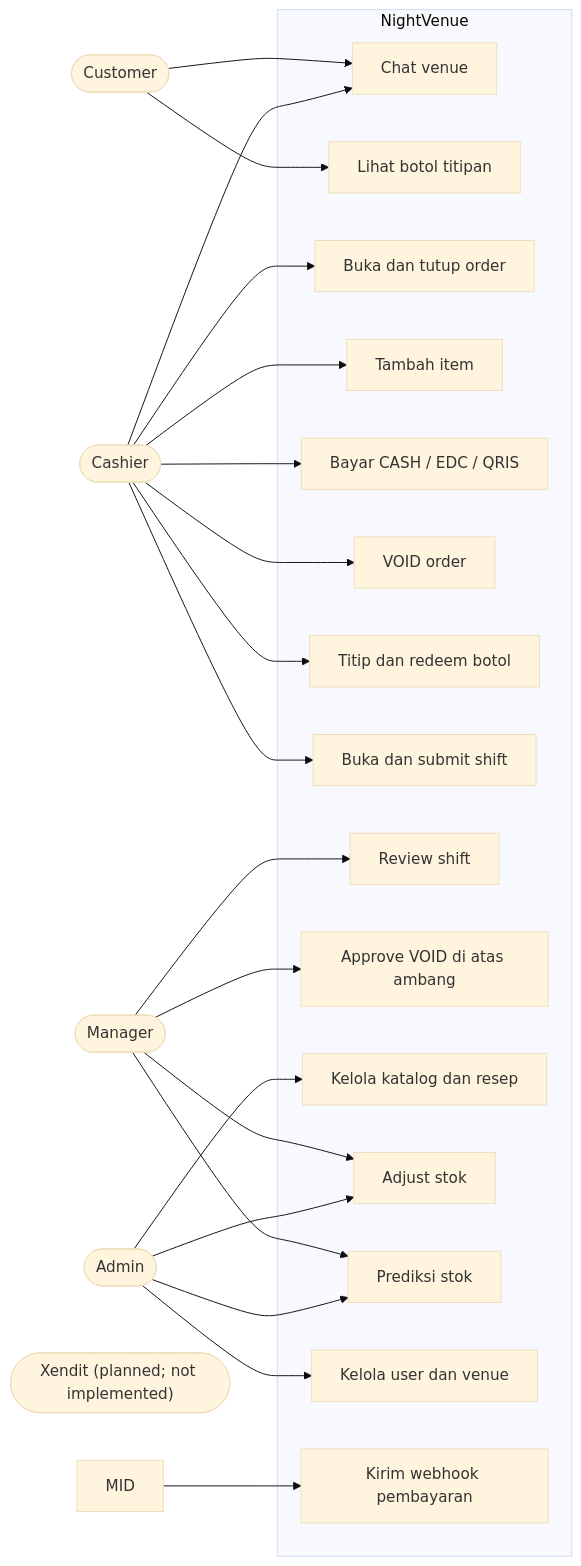
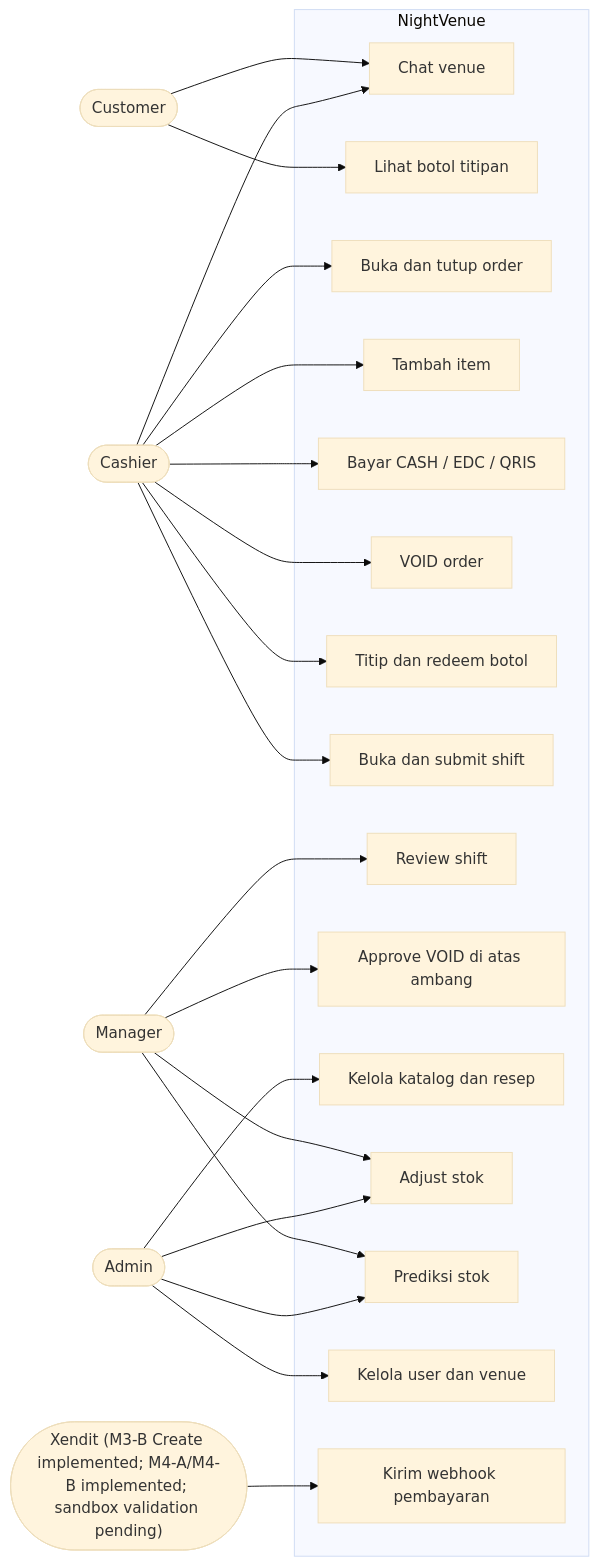
The first of 18 diagrams in docs/UML.md (ranggautama47/nightvenue-backend), drawn with Mermaid (base theme) before and after one commit. The commit also changed other lines of this file and 6 other files, not shown here.

````diff
--- a/docs/UML.md
+++ b/docs/UML.md
@@ -9,45 +9,45 @@
 ```mermaid
 flowchart LR
     CUST(["Customer"])
     CASH(["Cashier"])
     MGR(["Manager"])
     ADM(["Admin"])
-    XEN(["Xendit (planned; not implemented)"])
+    XEN(["Xendit (M3-B Create implemented; M4-A/M4-B implemented; sandbox validation pending)"])
 
     subgraph Sistem["NightVenue"]
         U1["Chat venue"]
         U2["Lihat botol titipan"]
         U3["Buka dan tutup order"]
         U4["Tambah item"]
         U5["Bayar CASH / EDC / QRIS"]
         U6["VOID order"]
         U7["Titip dan redeem botol"]
         U8["Buka dan submit shift"]
         U9["Review shift"]
         U10["Approve VOID di atas ambang"]
         U11["Kelola katalog dan resep"]
         U12["Adjust stok"]
         U13["Prediksi stok"]
         U14["Kelola user dan venue"]
         U15["Kirim webhook pembayaran"]
     end
 
     CUST --> U1
     CUST --> U2
     CASH --> U1
     CASH --> U3
     CASH --> U4
     CASH --> U5
     CASH --> U6
     CASH --> U7
     CASH --> U8
     MGR --> U9
     MGR --> U10
     MGR --> U12
     MGR --> U13
     ADM --> U11
     ADM --> U14
     ADM --> U12
     ADM --> U13
-    MID --> U15
+    XEN --> U15
 ```
````
